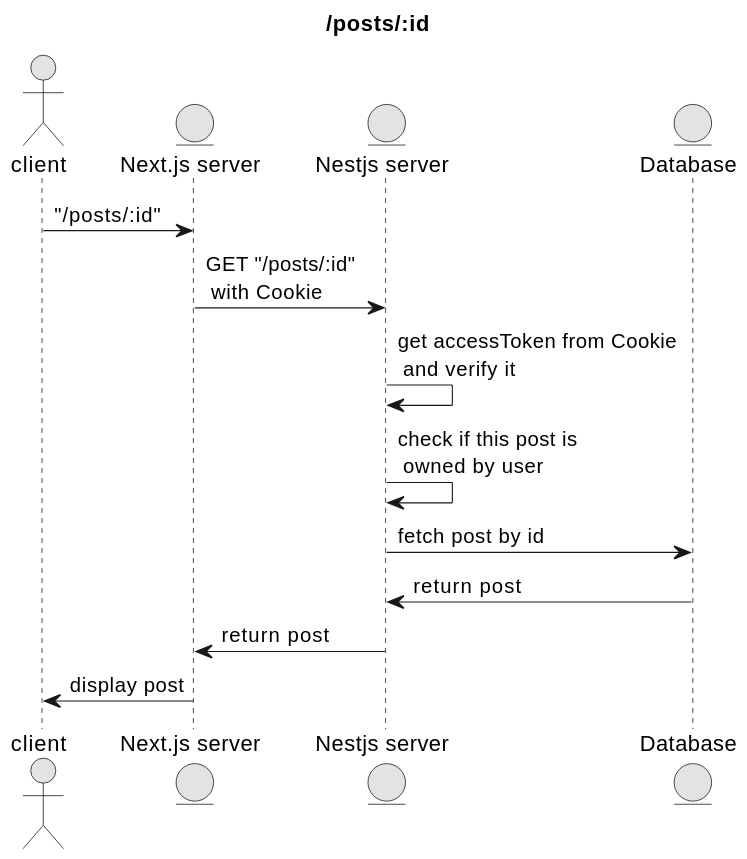
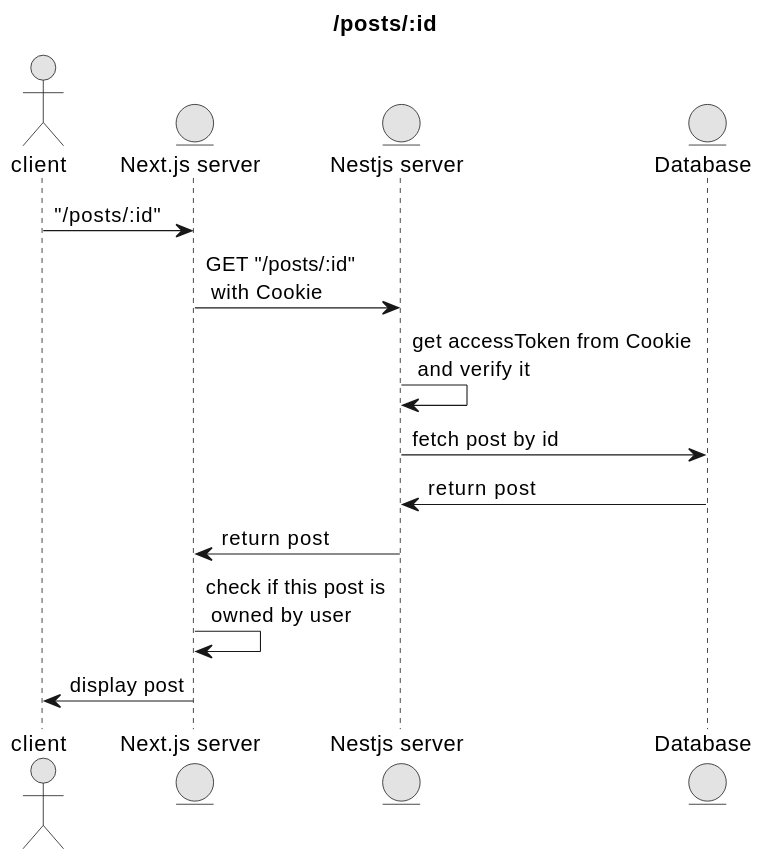
Before and after one commit to tomo324/idea-app-front: the diagram in public/diagram/posts/detail.adoc, drawn with PlantUML.

Commit message:
🎨 #34 投稿の編集権限チェックはフロント側で行う

```diff
--- a/public/diagram/posts/detail.adoc
+++ b/public/diagram/posts/detail.adoc
@@ -1,22 +1,22 @@
 [plantuml,alice-bob,svg,role=sequence]
 ....
 title /posts/:id
 skinparam monochrome true
 skinparam ranksep 20
 skinparam dpi 150
 skinparam arrowThickness 0.7
 
 actor client
 entity "Next.js server" as next
 entity "Nestjs server" as nest
 entity "Database" as db
 
 client->next: "/posts/:id"
 next->nest: GET "/posts/:id" \n with Cookie
 nest->nest: get accessToken from Cookie \n and verify it
-nest->nest: check if this post is \n owned by user
 nest->db: fetch post by id
 db->nest: return post
 nest->next: return post
+next->next: check if this post is \n owned by user
 next->client: display post
 ....
```
